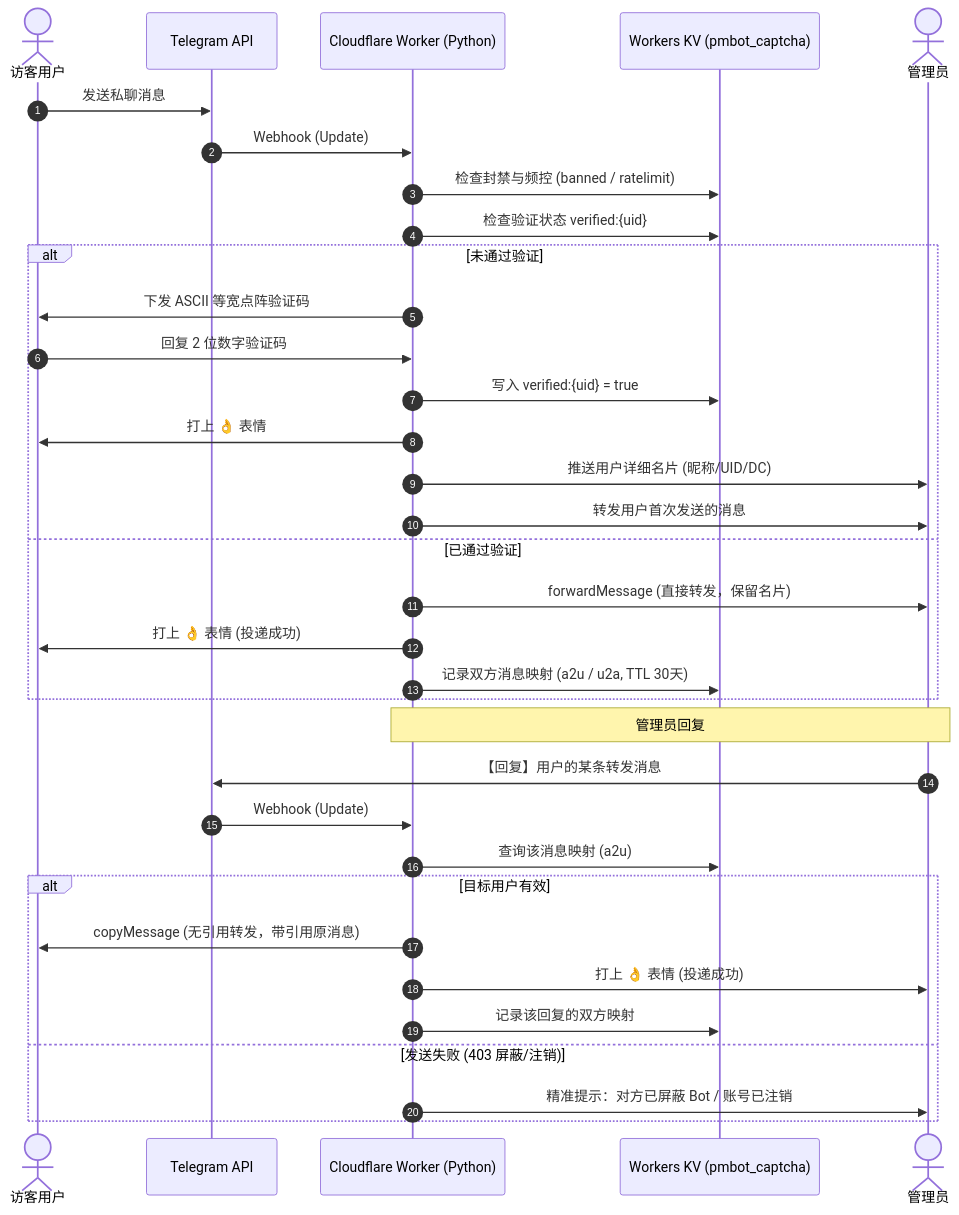
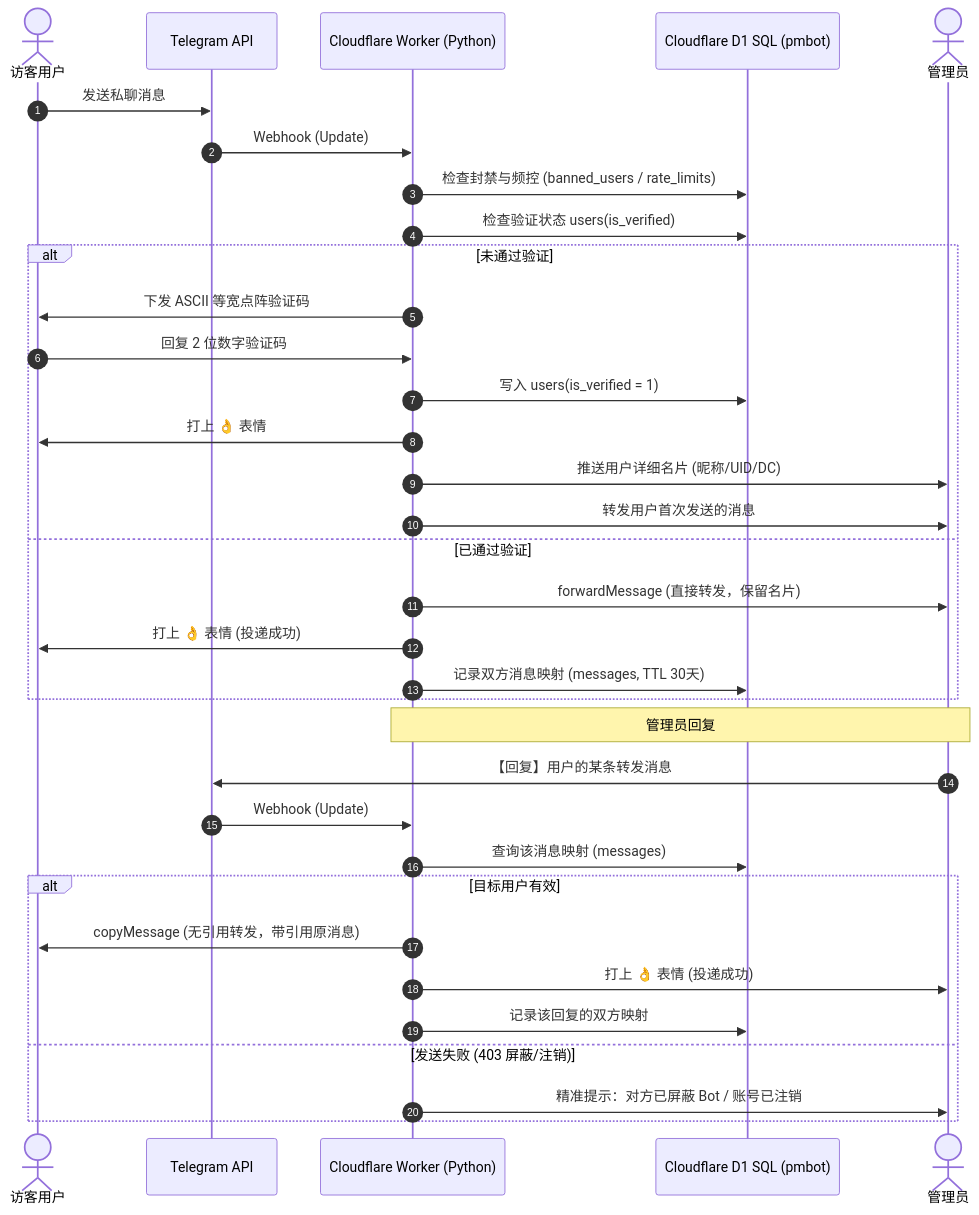
Before and after one commit to ZGQ-inc/TG_PMbot: the diagram in README.md, drawn with Mermaid. The commit also changed other lines of this file and 5 other files, not shown here.

````diff
--- a/README.md
+++ b/README.md
@@ -52,38 +61,38 @@
 ```mermaid
 sequenceDiagram
     autonumber
     actor User as 访客用户
     participant TG as Telegram API
     participant Worker as Cloudflare Worker (Python)
-    participant KV as Workers KV (pmbot_captcha)
+    participant D1 as Cloudflare D1 SQL (pmbot)
     actor Admin as 管理员
 
     User->>TG: 发送私聊消息
     TG->>Worker: Webhook (Update)
-    Worker->>KV: 检查封禁与频控 (banned / ratelimit)
-    Worker->>KV: 检查验证状态 verified:{uid}
+    Worker->>D1: 检查封禁与频控 (banned_users / rate_limits)
+    Worker->>D1: 检查验证状态 users(is_verified)
     alt 未通过验证
         Worker->>User: 下发 ASCII 等宽点阵验证码
         User->>Worker: 回复 2 位数字验证码
-        Worker->>KV: 写入 verified:{uid} = true
+        Worker->>D1: 写入 users(is_verified = 1)
         Worker->>User: 打上 👌 表情
         Worker->>Admin: 推送用户详细名片 (昵称/UID/DC)
         Worker->>Admin: 转发用户首次发送的消息
     else 已通过验证
         Worker->>Admin: forwardMessage (直接转发，保留名片)
         Worker->>User: 打上 👌 表情 (投递成功)
-        Worker->>KV: 记录双方消息映射 (a2u / u2a, TTL 30天)
+        Worker->>D1: 记录双方消息映射 (messages, TTL 30天)
     end
 
     Note over Admin, Worker: 管理员回复
     Admin->>TG: 【回复】用户的某条转发消息
     TG->>Worker: Webhook (Update)
-    Worker->>KV: 查询该消息映射 (a2u)
+    Worker->>D1: 查询该消息映射 (messages)
     alt 目标用户有效
         Worker->>User: copyMessage (无引用转发，带引用原消息)
         Worker->>Admin: 打上 👌 表情 (投递成功)
-        Worker->>KV: 记录该回复的双方映射
+        Worker->>D1: 记录该回复的双方映射
     else 发送失败 (403 屏蔽/注销)
         Worker->>Admin: 精准提示：对方已屏蔽 Bot / 账号已注销
     end
 ```
````
